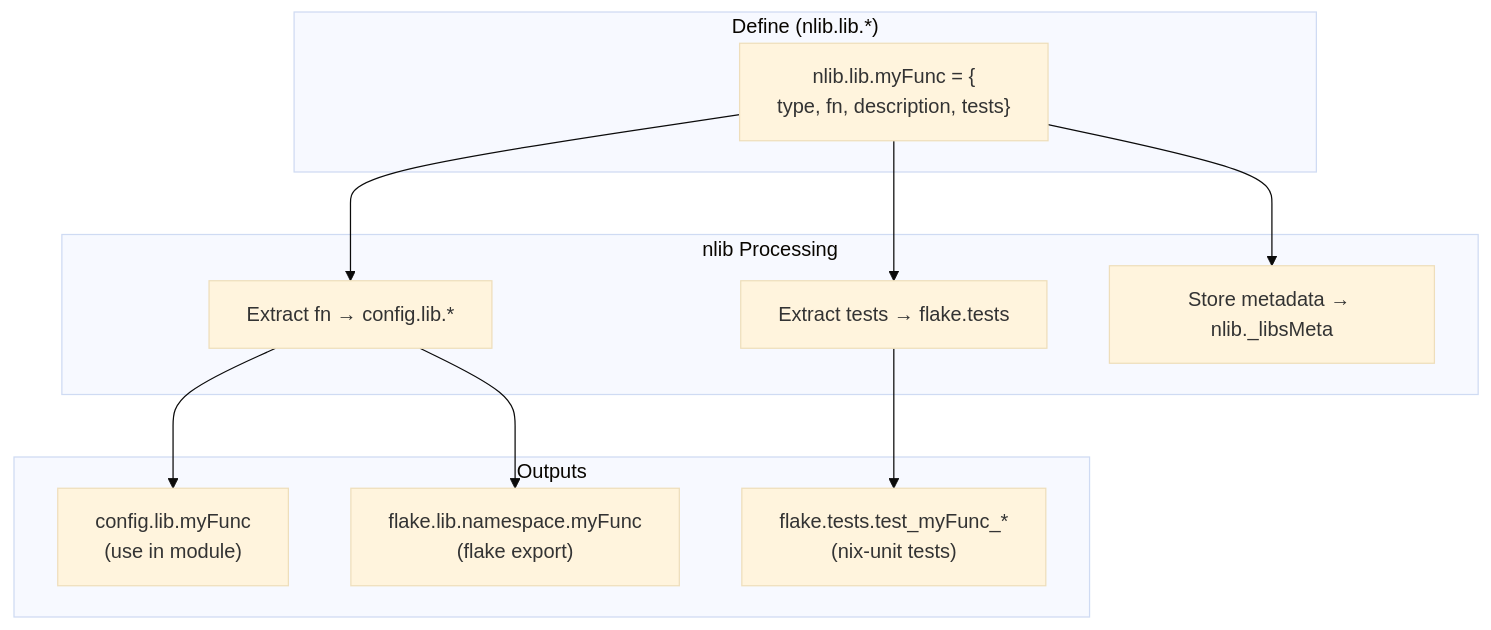
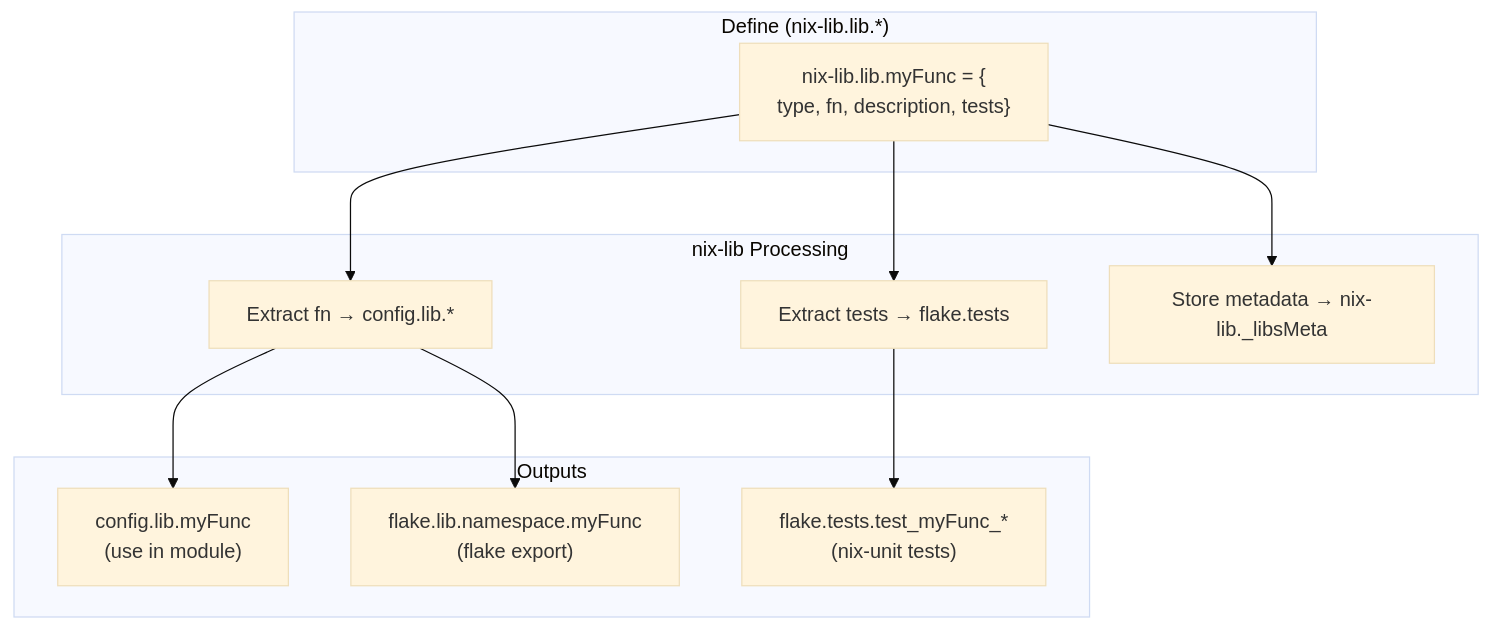
Before and after one commit to Dauliac/nix-lib: the first of 4 diagrams in README.md, drawn with Mermaid (base theme). The commit also changed other lines of this file and 50 other files, not shown here.

First line of the commit message:
refactor: rename nlib to nix-lib

````diff
--- a/README.md
+++ b/README.md
@@ -77,25 +77,25 @@
 ```mermaid
 flowchart TB
-    subgraph Input["Define (nlib.lib.*)"]
-        D1["nlib.lib.myFunc = {<br/>type, fn, description, tests}"]
+    subgraph Input["Define (nix-lib.lib.*)"]
+        D1["nix-lib.lib.myFunc = {<br/>type, fn, description, tests}"]
     end
 
-    subgraph Process["nlib Processing"]
+    subgraph Process["nix-lib Processing"]
         P1["Extract fn → config.lib.*"]
         P2["Extract tests → flake.tests"]
-        P3["Store metadata → nlib._libsMeta"]
+        P3["Store metadata → nix-lib._libsMeta"]
     end
 
     subgraph Output["Outputs"]
         O1["config.lib.myFunc<br/>(use in module)"]
         O2["flake.lib.namespace.myFunc<br/>(flake export)"]
         O3["flake.tests.test_myFunc_*<br/>(nix-unit tests)"]
     end
 
     D1 --> P1
     D1 --> P2
     D1 --> P3
     P1 --> O1
     P1 --> O2
     P2 --> O3
 ```
````
